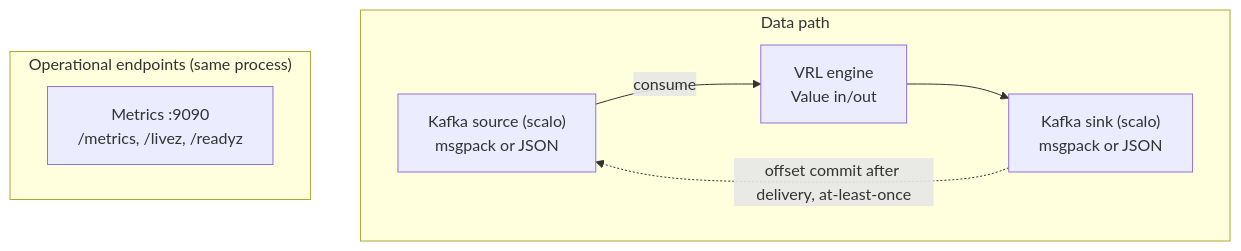
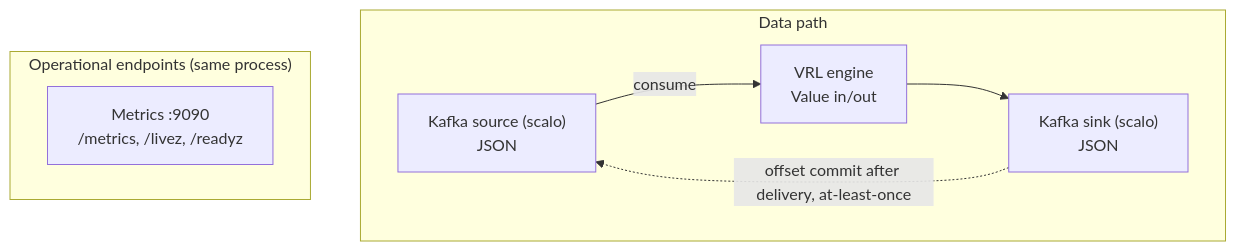
Before and after one commit to hyperi-io/dfe-transform-vrl: the diagram in docs/DESIGN.md, drawn with Mermaid. The commit also changed other lines of this file and 32 other files, not shown here.

````diff
--- a/docs/DESIGN.md
+++ b/docs/DESIGN.md
@@ -28,13 +21,13 @@
 ```mermaid
 flowchart TB
     subgraph DP["Data path"]
         direction LR
-        KS["Kafka source (scalo)<br/>msgpack or JSON"] -->|consume| VRL["VRL engine<br/>Value in/out"]
-        VRL --> KP["Kafka sink (scalo)<br/>msgpack or JSON"]
+        KS["Kafka source (scalo)<br/>JSON"] -->|consume| VRL["VRL engine<br/>Value in/out"]
+        VRL --> KP["Kafka sink (scalo)<br/>JSON"]
         KP -.->|offset commit after delivery, at-least-once| KS
     end
     subgraph OPS["Operational endpoints (same process)"]
         direction LR
         MS["Metrics :9090<br/>/metrics, /livez, /readyz"]
     end
 ```
````
